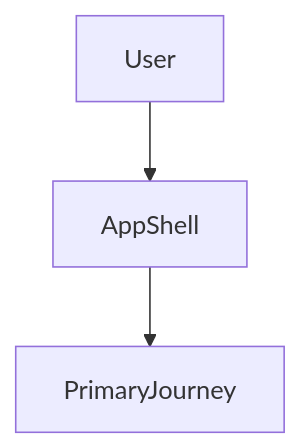
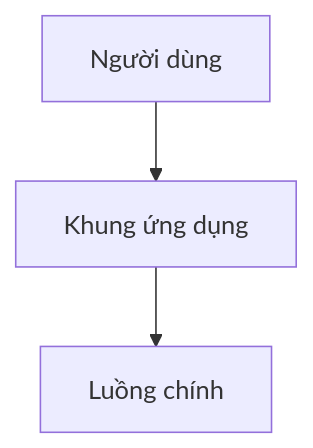
Before and after one commit to charlieviettq/charlieviettq.github.io: the second of 3 diagrams in content/posts/beguru-ai-case-study-design-system-disk.md, drawn with Mermaid. The commit also changed other lines of this file and 11 other files, not shown here.

````diff
--- a/content/posts/beguru-ai-case-study-design-system-disk.md
+++ b/content/posts/beguru-ai-case-study-design-system-disk.md
@@ -92,5 +91,5 @@
 ```mermaid
 flowchart TD
-  User[User] --> Shell[AppShell]
-  Shell --> Main[PrimaryJourney]
+  User[Người dùng] --> Shell[Khung ứng dụng]
+  Shell --> Main[Luồng chính]
 ```
````
